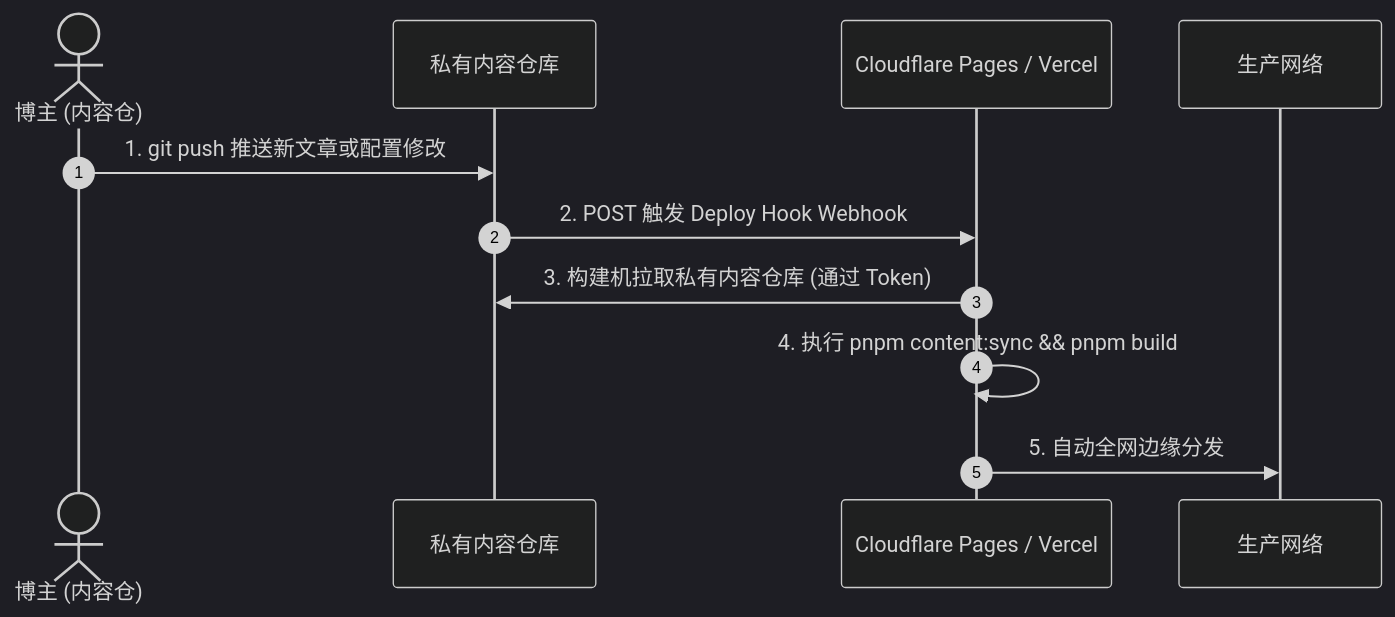
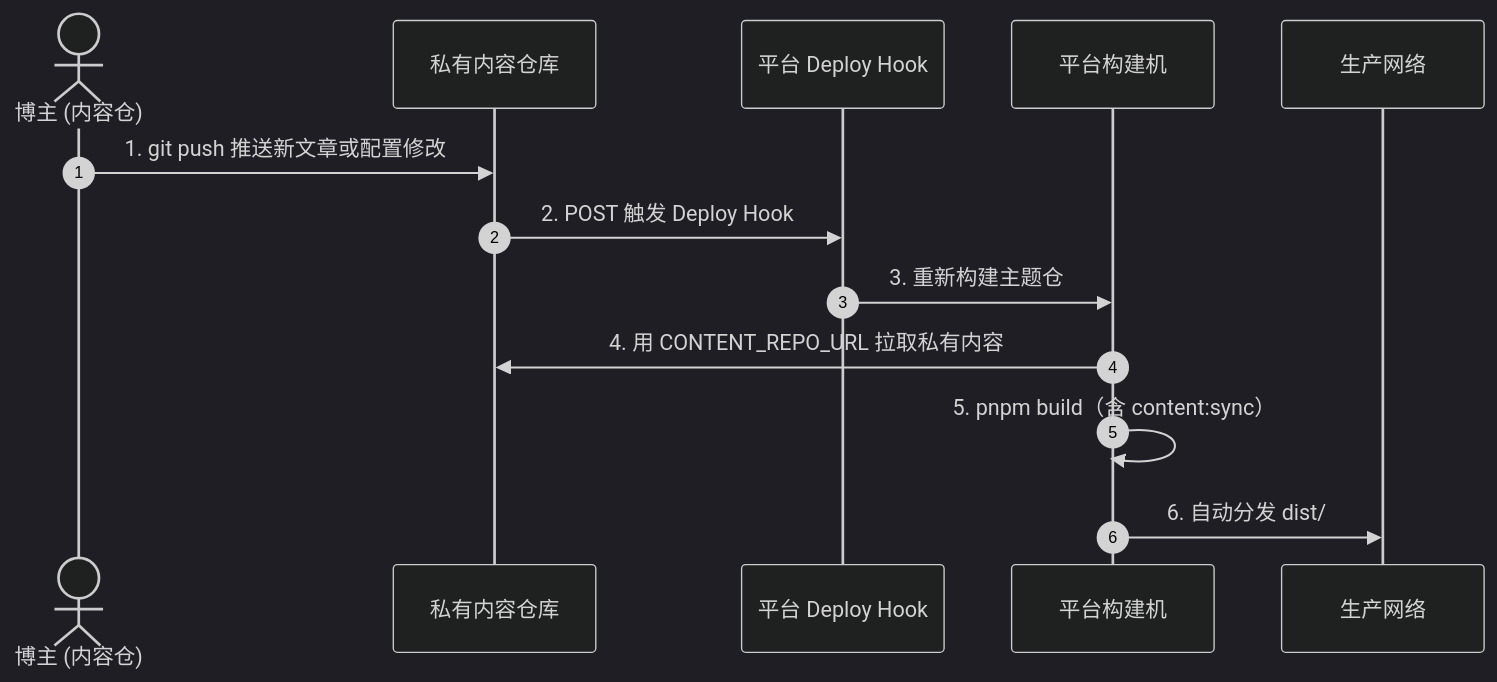
One commit to LyraVoid/Shirone-Docs changed the diagram in docs/guide/content-separation/deploy-hooks/README.md. Above: the diagram before and after it, drawn with Mermaid (dark theme). The commit also changed other lines of this file and 3 other files, not shown here.

````diff
--- a/docs/guide/content-separation/deploy-hooks/README.md
+++ b/docs/guide/content-separation/deploy-hooks/README.md
@@ -11,14 +11,16 @@
 ```mermaid
 sequenceDiagram
     autonumber
     actor Author as 博主 (内容仓)
     participant ContentRepo as 私有内容仓库
-    participant Cloudflare as Cloudflare Pages / Vercel
+    participant Hook as 平台 Deploy Hook
+    participant Builder as 平台构建机
     participant CDN as 生产网络
 
     Author->>ContentRepo: 1. git push 推送新文章或配置修改
-    ContentRepo->>Cloudflare: 2. POST 触发 Deploy Hook Webhook
-    Cloudflare->>ContentRepo: 3. 构建机拉取私有内容仓库 (通过 Token)
-    Cloudflare->>Cloudflare: 4. 执行 pnpm content:sync && pnpm build
-    Cloudflare->>CDN: 5. 自动全网边缘分发
+    ContentRepo->>Hook: 2. POST 触发 Deploy Hook
+    Hook->>Builder: 3. 重新构建主题仓
+    Builder->>ContentRepo: 4. 用 CONTENT_REPO_URL 拉取私有内容
+    Builder->>Builder: 5. pnpm build（含 content:sync）
+    Builder->>CDN: 6. 自动分发 dist/
 ```
````
